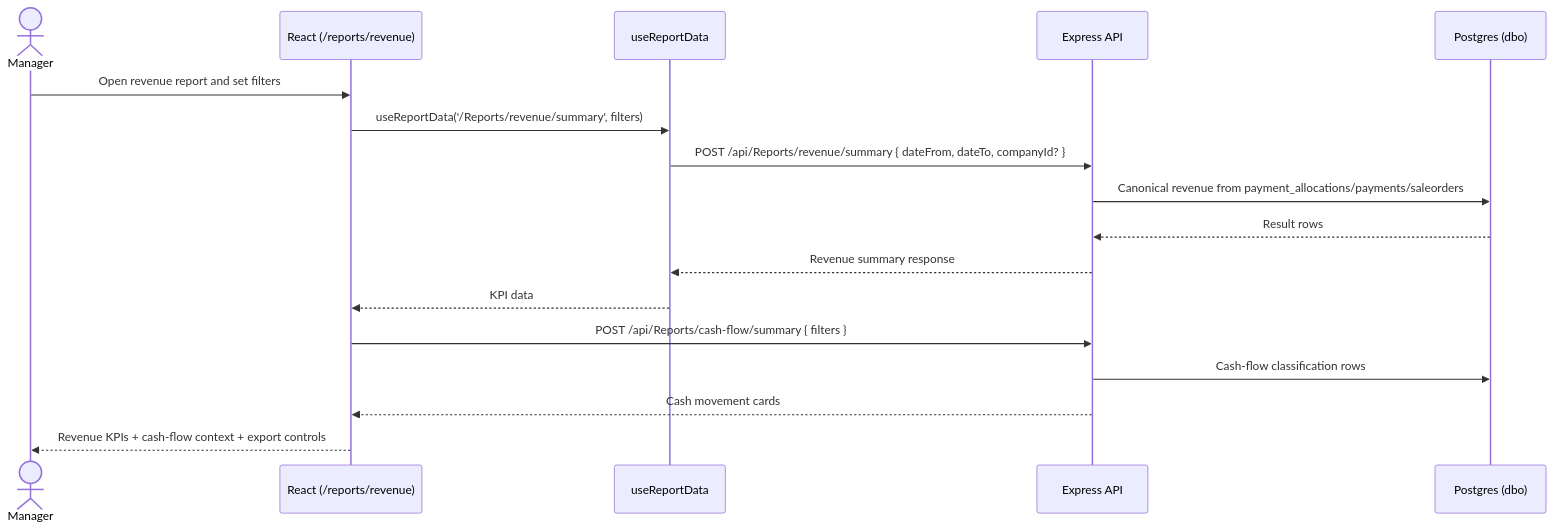
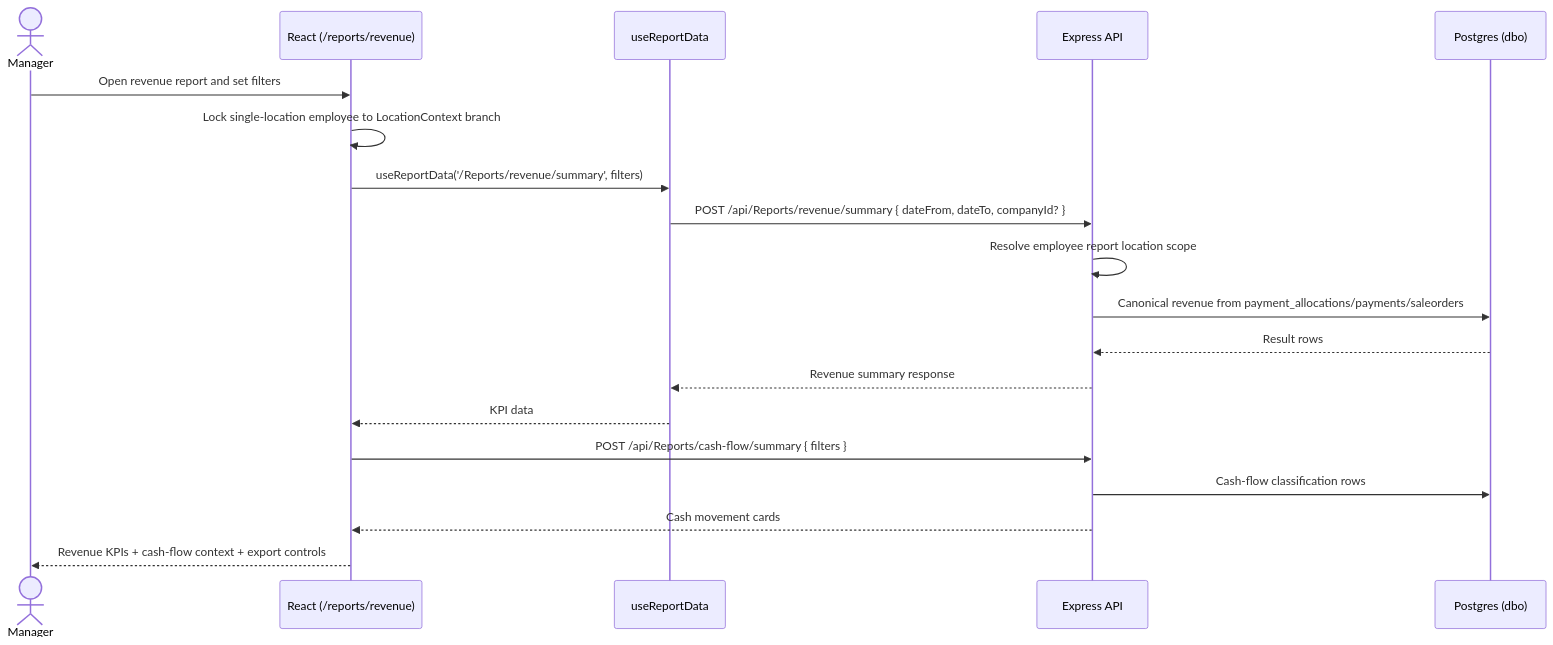
Before and after one commit to niiiusburo/Tgroup: diagram 13 of 14 in docs/WORKFLOWS.md, drawn with Mermaid. The commit also changed other lines of this file and 37 other files, not shown here.

Commit message:
fix(reports): enforce employee location scope

````diff
--- a/docs/WORKFLOWS.md
+++ b/docs/WORKFLOWS.md
@@ -550,20 +552,22 @@
 ```mermaid
 sequenceDiagram
     actor M as Manager
     participant FE as React (/reports/revenue)
     participant Hook as useReportData
     participant API as Express API
     participant DB as Postgres (dbo)
 
     M->>FE: Open revenue report and set filters
+    FE->>FE: Lock single-location employee to LocationContext branch
     FE->>Hook: useReportData('/Reports/revenue/summary', filters)
     Hook->>API: POST /api/Reports/revenue/summary { dateFrom, dateTo, companyId? }
+    API->>API: Resolve employee report location scope
     API->>DB: Canonical revenue from payment_allocations/payments/saleorders
     DB-->>API: Result rows
     API-->>Hook: Revenue summary response
     Hook-->>FE: KPI data
     FE->>API: POST /api/Reports/cash-flow/summary { filters }
     API->>DB: Cash-flow classification rows
     API-->>FE: Cash movement cards
     FE-->>M: Revenue KPIs + cash-flow context + export controls
 ```
````
